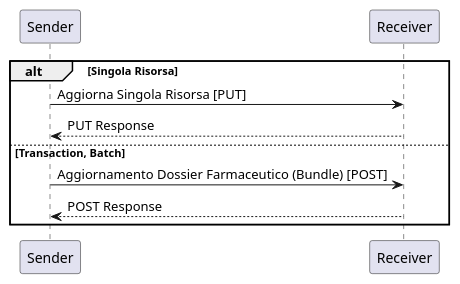
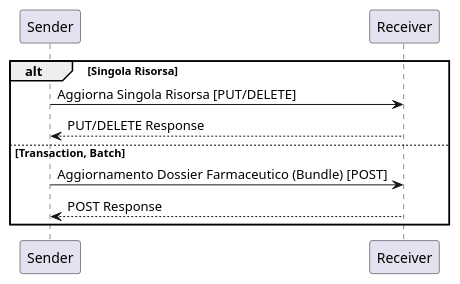
The diagram in input/images-source/sequence-2.plantuml (hl7-it/dossier-pharma), drawn with PlantUML before and after one commit.

Commit message:
Update sequence-2.plantuml
Aggiunto nello scenario Aggiornamento anche l'operazione di delete

```diff
--- a/input/images-source/sequence-2.plantuml
+++ b/input/images-source/sequence-2.plantuml
@@ -1,9 +1,9 @@
 @startuml
 alt Singola Risorsa
-	"Sender" -> "Receiver" : Aggiorna Singola Risorsa [PUT]
-	"Receiver" --> "Sender" : PUT Response
+	"Sender" -> "Receiver" : Aggiorna Singola Risorsa [PUT/DELETE]
+	"Receiver" --> "Sender" : PUT/DELETE Response
 else Transaction, Batch
 	"Sender" -> "Receiver" : Aggiornamento Dossier Farmaceutico (Bundle) [POST]
 	"Receiver" --> "Sender" : POST Response
 end
 @enduml
```
